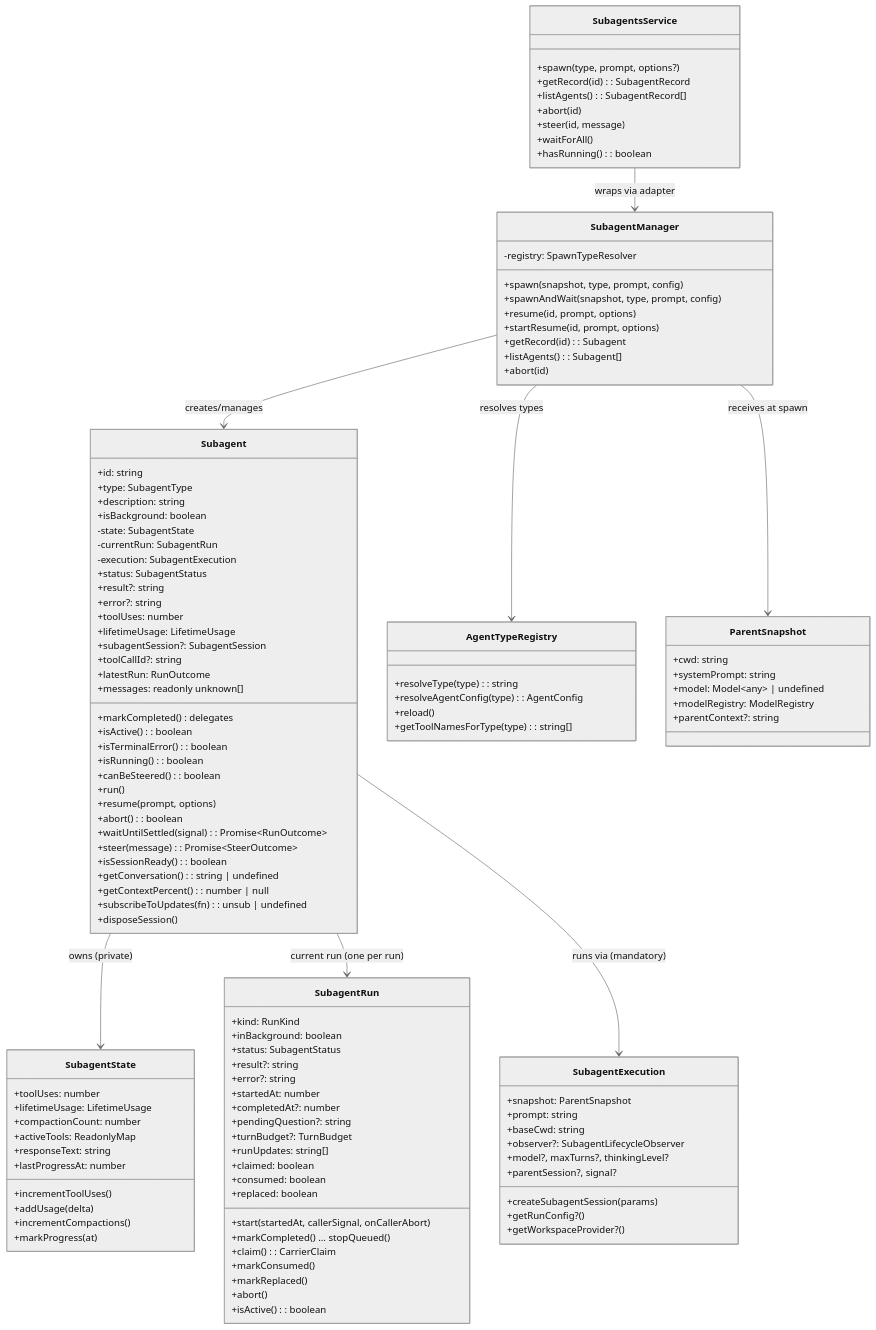
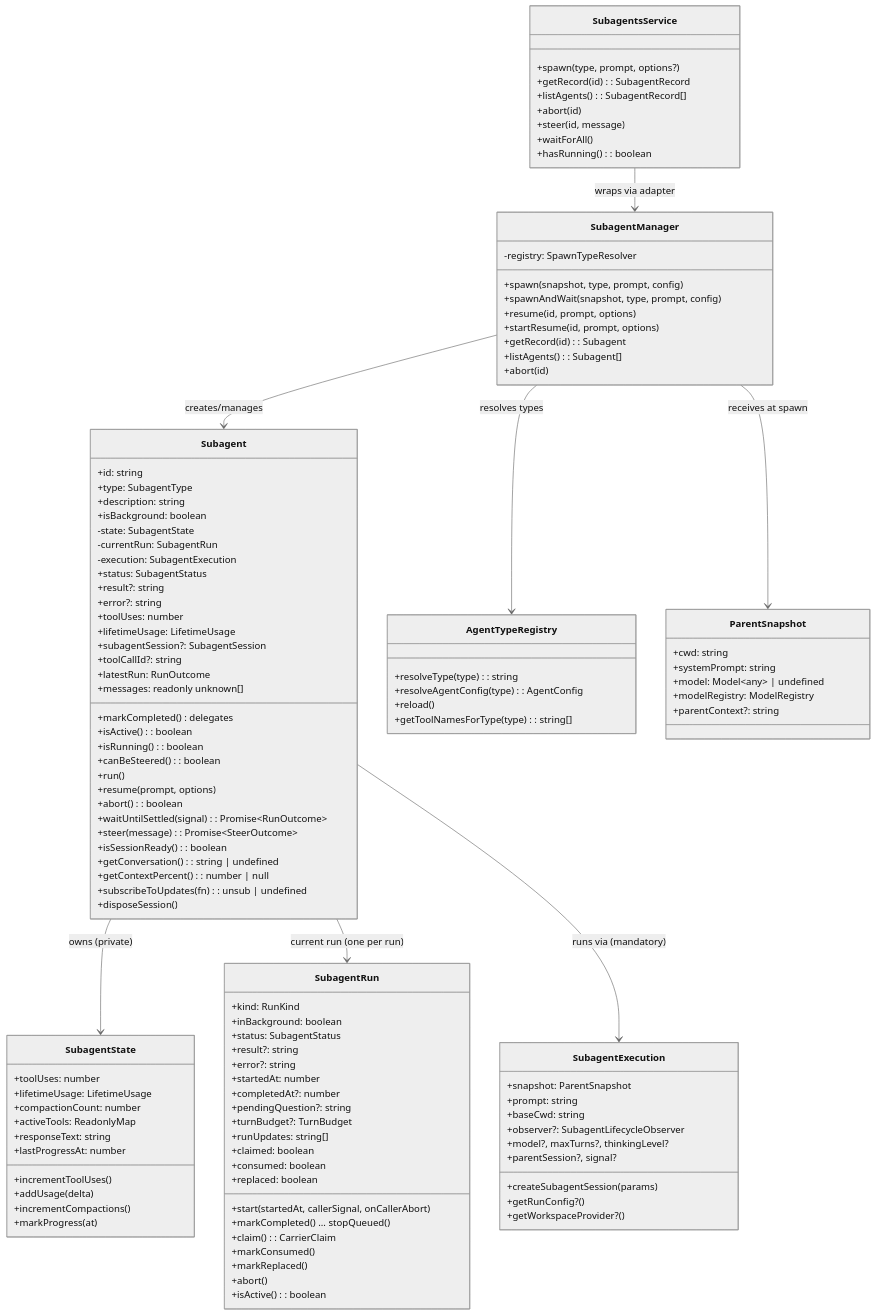
One commit to gotgenes/pi-packages changed the second of 5 diagrams in packages/pi-subagents/docs/architecture/architecture.md. Above: the diagram before and after it, drawn with Mermaid (neutral theme). The commit also changed other lines of this file and 1 other file, not shown here.

```diff
--- a/packages/pi-subagents/docs/architecture/architecture.md
+++ b/packages/pi-subagents/docs/architecture/architecture.md
@@ -159,7 +159,6 @@
         +latestRun: RunOutcome
         +markCompleted() delegates
         +isActive(): boolean
-        +isTerminalError(): boolean
         +isRunning(): boolean
         +canBeSteered(): boolean
         +run()
```
